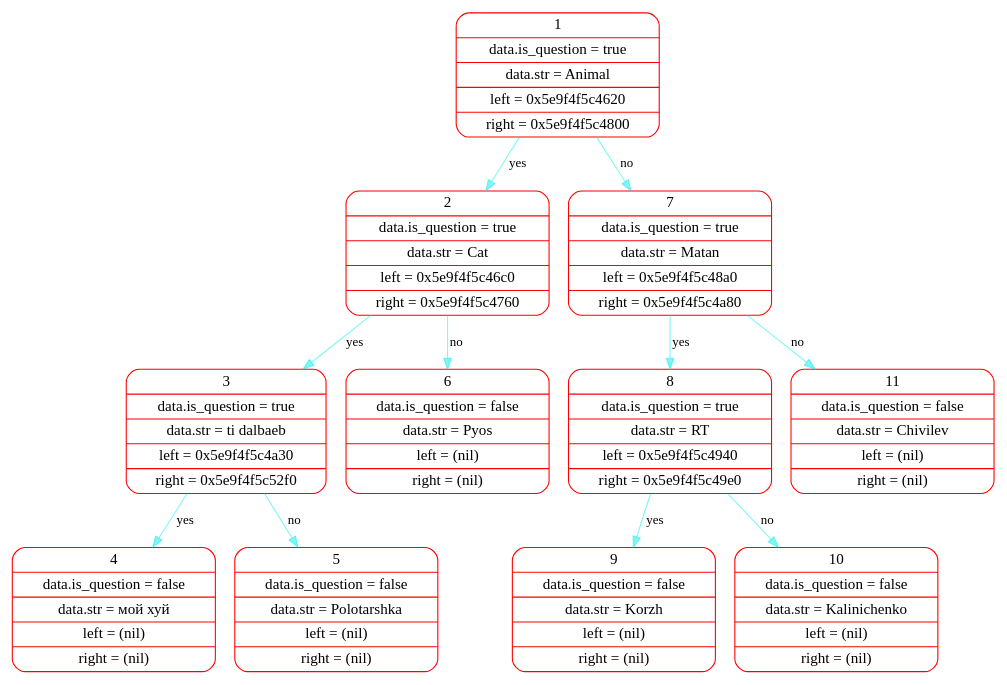
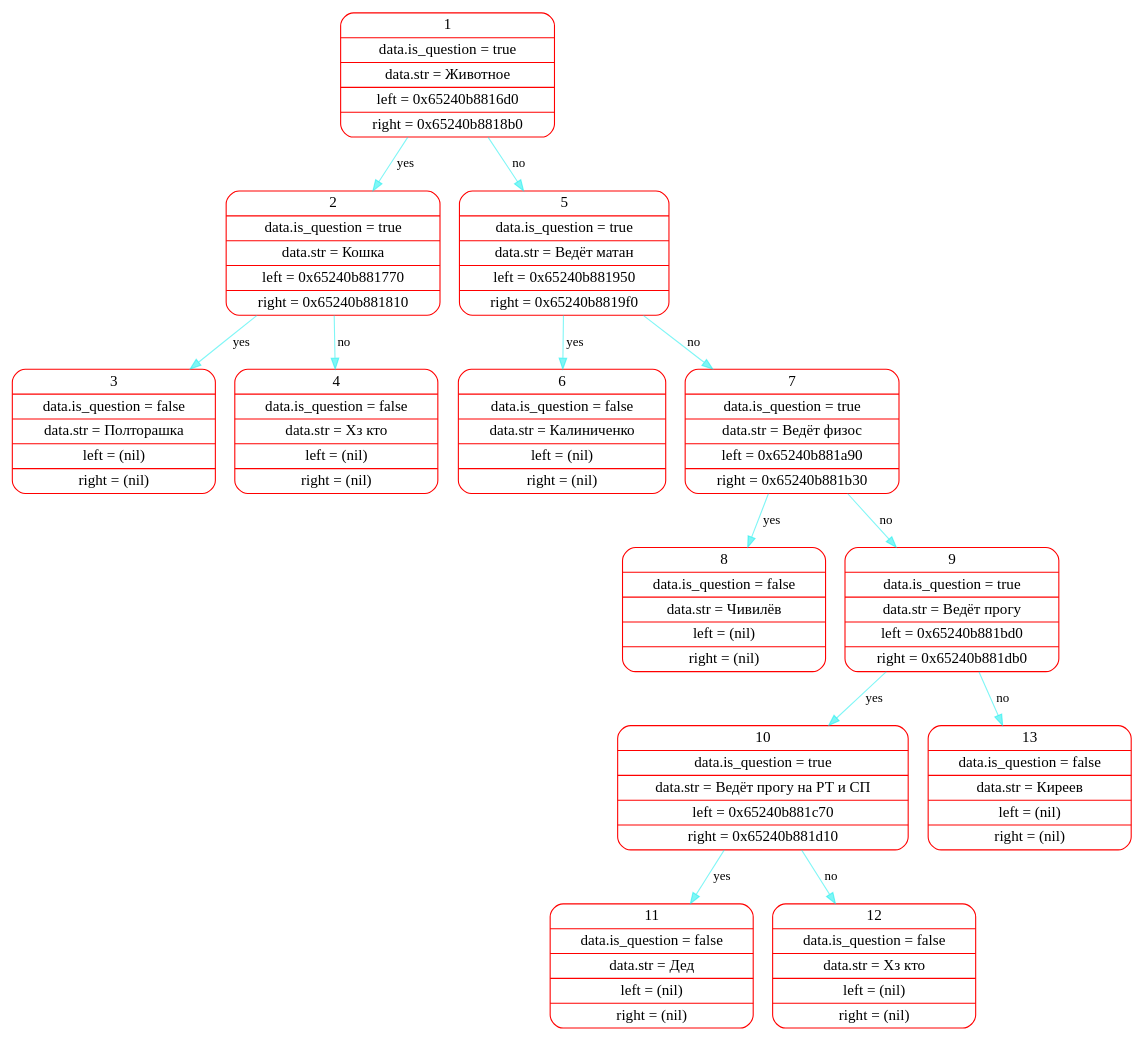
Before and after one commit to sevaphasol/akinator: the diagram in logs/dot_files/001.dot, drawn with Graphviz. The commit also changed 16 other files, not shown here.

```diff
--- a/logs/dot_files/001.dot
+++ b/logs/dot_files/001.dot
@@ -1,16 +1,18 @@
 digraph G{
 rankdir=HR;
 node[color="red",fontsize=14];
 edge[color="#00eeee80",fontsize=12, penwidth=1];
-elem1[shape="Mrecord", label="{ 1 | data.is_question = true | data.str = Animal | left = 0x5e9f4f5c4620 | right = 0x5e9f4f5c4800 }"];
-elem1->elem2[label = "yes"];elem2[shape="Mrecord", label="{ 2 | data.is_question = true | data.str = Cat | left = 0x5e9f4f5c46c0 | right = 0x5e9f4f5c4760 }"];
-elem2->elem3[label = "yes"];elem3[shape="Mrecord", label="{ 3 | data.is_question = true | data.str = ti dalbaeb | left = 0x5e9f4f5c4a30 | right = 0x5e9f4f5c52f0 }"];
-elem3->elem4[label = "yes"];elem4[shape="Mrecord", label="{ 4 | data.is_question = false | data.str = мой хуй | left = (nil) | right = (nil) }"];
-elem3->elem5[label = "no"];elem5[shape="Mrecord", label="{ 5 | data.is_question = false | data.str = Polotarshka | left = (nil) | right = (nil) }"];
-elem2->elem6[label = "no"];elem6[shape="Mrecord", label="{ 6 | data.is_question = false | data.str = Pyos | left = (nil) | right = (nil) }"];
-elem1->elem7[label = "no"];elem7[shape="Mrecord", label="{ 7 | data.is_question = true | data.str = Matan | left = 0x5e9f4f5c48a0 | right = 0x5e9f4f5c4a80 }"];
-elem7->elem8[label = "yes"];elem8[shape="Mrecord", label="{ 8 | data.is_question = true | data.str = RT | left = 0x5e9f4f5c4940 | right = 0x5e9f4f5c49e0 }"];
-elem8->elem9[label = "yes"];elem9[shape="Mrecord", label="{ 9 | data.is_question = false | data.str = Korzh | left = (nil) | right = (nil) }"];
-elem8->elem10[label = "no"];elem10[shape="Mrecord", label="{ 10 | data.is_question = false | data.str = Kalinichenko | left = (nil) | right = (nil) }"];
-elem7->elem11[label = "no"];elem11[shape="Mrecord", label="{ 11 | data.is_question = false | data.str = Chivilev | left = (nil) | right = (nil) }"];
+elem1[shape="Mrecord", label="{ 1 | data.is_question = true | data.str = Животное | left = 0x65240b8816d0 | right = 0x65240b8818b0 }"];
+elem1->elem2[label = "yes"];elem2[shape="Mrecord", label="{ 2 | data.is_question = true | data.str = Кошка | left = 0x65240b881770 | right = 0x65240b881810 }"];
+elem2->elem3[label = "yes"];elem3[shape="Mrecord", label="{ 3 | data.is_question = false | data.str = Полторашка | left = (nil) | right = (nil) }"];
+elem2->elem4[label = "no"];elem4[shape="Mrecord", label="{ 4 | data.is_question = false | data.str = Хз кто | left = (nil) | right = (nil) }"];
+elem1->elem5[label = "no"];elem5[shape="Mrecord", label="{ 5 | data.is_question = true | data.str = Ведёт матан | left = 0x65240b881950 | right = 0x65240b8819f0 }"];
+elem5->elem6[label = "yes"];elem6[shape="Mrecord", label="{ 6 | data.is_question = false | data.str = Калиниченко | left = (nil) | right = (nil) }"];
+elem5->elem7[label = "no"];elem7[shape="Mrecord", label="{ 7 | data.is_question = true | data.str = Ведёт физос | left = 0x65240b881a90 | right = 0x65240b881b30 }"];
+elem7->elem8[label = "yes"];elem8[shape="Mrecord", label="{ 8 | data.is_question = false | data.str = Чивилёв | left = (nil) | right = (nil) }"];
+elem7->elem9[label = "no"];elem9[shape="Mrecord", label="{ 9 | data.is_question = true | data.str = Ведёт прогу | left = 0x65240b881bd0 | right = 0x65240b881db0 }"];
+elem9->elem10[label = "yes"];elem10[shape="Mrecord", label="{ 10 | data.is_question = true | data.str = Ведёт прогу на РТ и СП | left = 0x65240b881c70 | right = 0x65240b881d10 }"];
+elem10->elem11[label = "yes"];elem11[shape="Mrecord", label="{ 11 | data.is_question = false | data.str = Дед | left = (nil) | right = (nil) }"];
+elem10->elem12[label = "no"];elem12[shape="Mrecord", label="{ 12 | data.is_question = false | data.str = Хз кто | left = (nil) | right = (nil) }"];
+elem9->elem13[label = "no"];elem13[shape="Mrecord", label="{ 13 | data.is_question = false | data.str = Киреев | left = (nil) | right = (nil) }"];
 }
```
